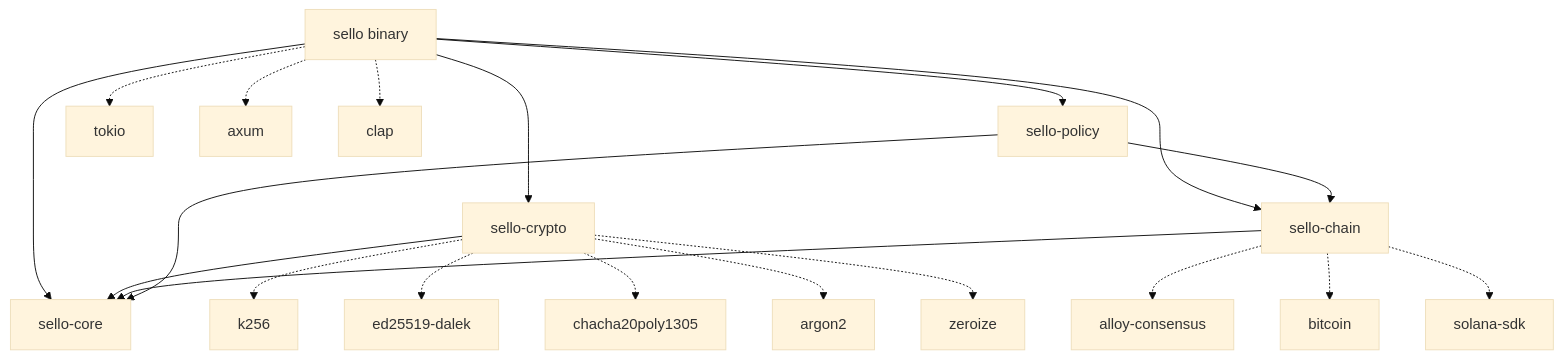
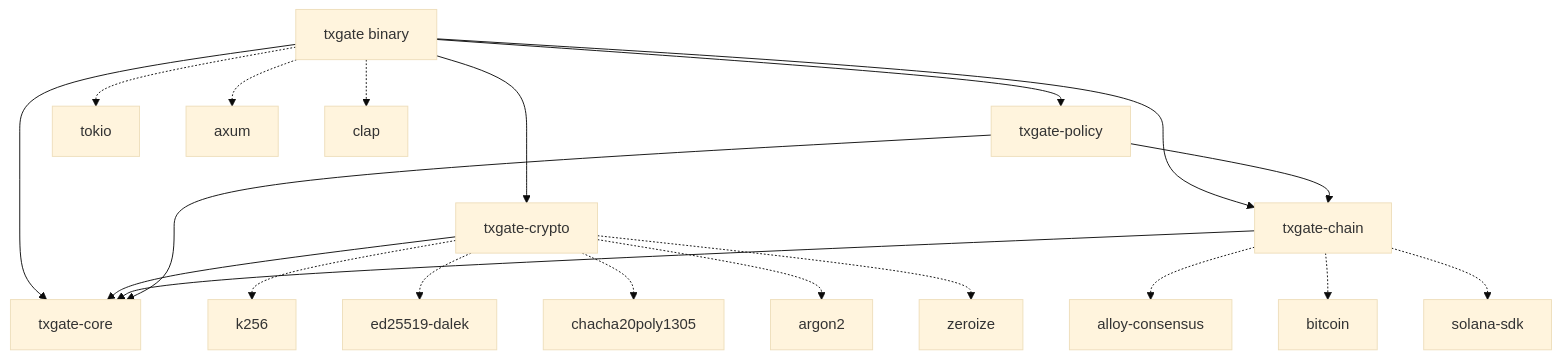
Before and after one commit to luisjpf/txgate: the second of 5 diagrams in ARCHITECTURE.md, drawn with Mermaid (base theme). The commit also changed other lines of this file and 202 other files, not shown here.

First line of the commit message:
chore: rename project from sello to txgate

````diff
--- a/ARCHITECTURE.md
+++ b/ARCHITECTURE.md
@@ -238,26 +238,26 @@
 ```mermaid
 graph TD
-    sello[sello binary] --> sello-core
-    sello --> sello-crypto
-    sello --> sello-chain
-    sello --> sello-policy
+    txgate[txgate binary] --> txgate-core
+    txgate --> txgate-crypto
+    txgate --> txgate-chain
+    txgate --> txgate-policy
 
-    sello-crypto --> sello-core
-    sello-chain --> sello-core
-    sello-policy --> sello-core
-    sello-policy --> sello-chain
+    txgate-crypto --> txgate-core
+    txgate-chain --> txgate-core
+    txgate-policy --> txgate-core
+    txgate-policy --> txgate-chain
 
-    sello-crypto -.-> k256
-    sello-crypto -.-> ed25519-dalek
-    sello-crypto -.-> chacha20poly1305
-    sello-crypto -.-> argon2
-    sello-crypto -.-> zeroize
+    txgate-crypto -.-> k256
+    txgate-crypto -.-> ed25519-dalek
+    txgate-crypto -.-> chacha20poly1305
+    txgate-crypto -.-> argon2
+    txgate-crypto -.-> zeroize
 
-    sello-chain -.-> alloy-consensus
-    sello-chain -.-> bitcoin
-    sello-chain -.-> solana-sdk
+    txgate-chain -.-> alloy-consensus
+    txgate-chain -.-> bitcoin
+    txgate-chain -.-> solana-sdk
 
-    sello -.-> tokio
-    sello -.-> axum
-    sello -.-> clap
+    txgate -.-> tokio
+    txgate -.-> axum
+    txgate -.-> clap
 ```
````
